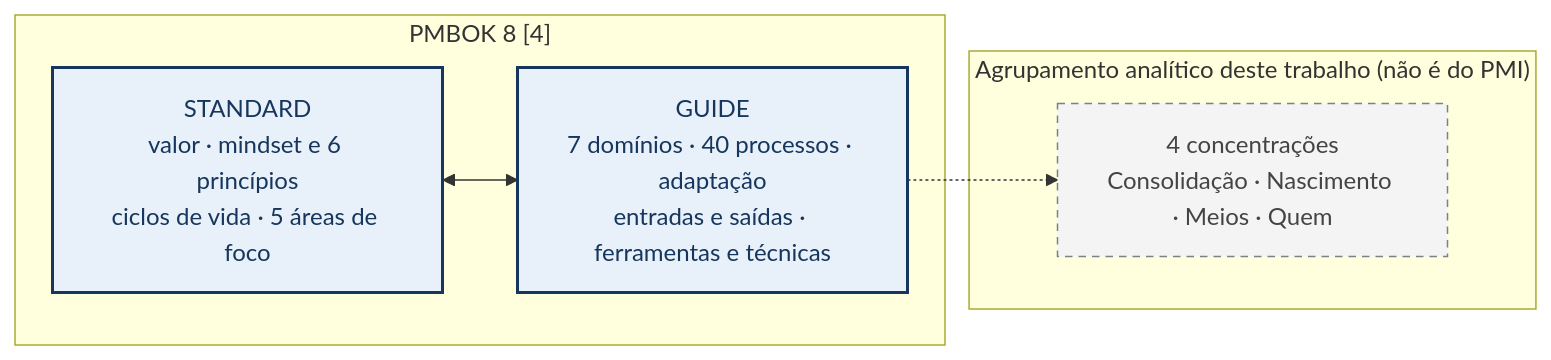
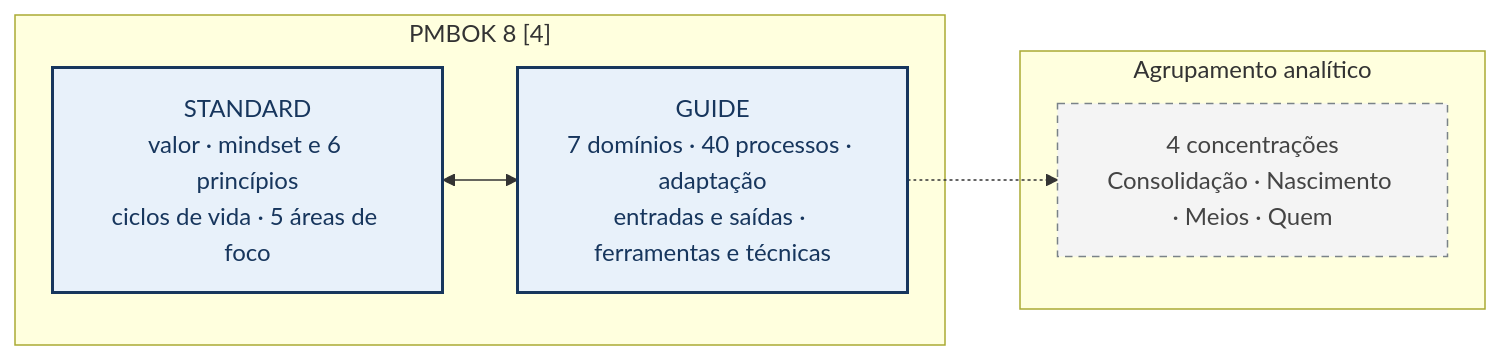
The first of 3 diagrams in _grupo/P3D/entregas/MD/P3D_Privacidade2_Relatorio_PT.md (cadu-unb/_POS-PPCA-GPTI_2026-2), drawn with Mermaid before and after one commit. The commit also changed other lines of this file and 70 other files, not shown here.

````diff
--- a/_grupo/P3D/entregas/MD/P3D_Privacidade2_Relatorio_PT.md
+++ b/_grupo/P3D/entregas/MD/P3D_Privacidade2_Relatorio_PT.md
@@ -36,14 +36,14 @@
 ```mermaid
 flowchart LR
     subgraph PMI["PMBOK 8 [4]"]
         S["STANDARD<br/>valor · mindset e 6 princípios<br/>ciclos de vida · 5 áreas de foco"] <--> G["GUIDE<br/>7 domínios · 40 processos · adaptação<br/>entradas e saídas · ferramentas e técnicas"]
     end
-    subgraph AN["Agrupamento analítico deste trabalho (não é do PMI)"]
+    subgraph AN["Agrupamento analítico"]
         C["4 concentrações<br/>Consolidação · Nascimento · Meios · Quem"]
     end
     G -.-> C
     classDef source fill:#e8f1fa,stroke:#17365d,stroke-width:2px,color:#17365d
     classDef analytic fill:#f4f4f4,stroke:#7a8288,stroke-dasharray:5 4,color:#444444
     class S,G source
     class C analytic
 ```
````
